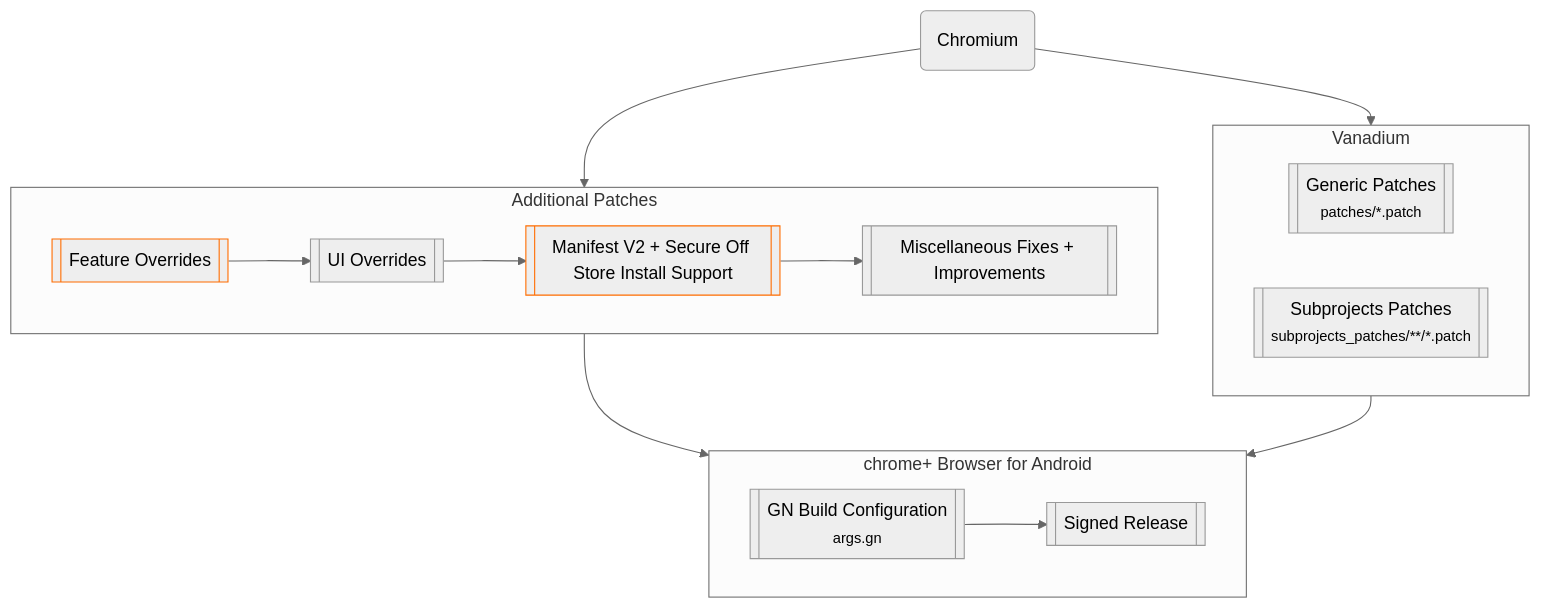
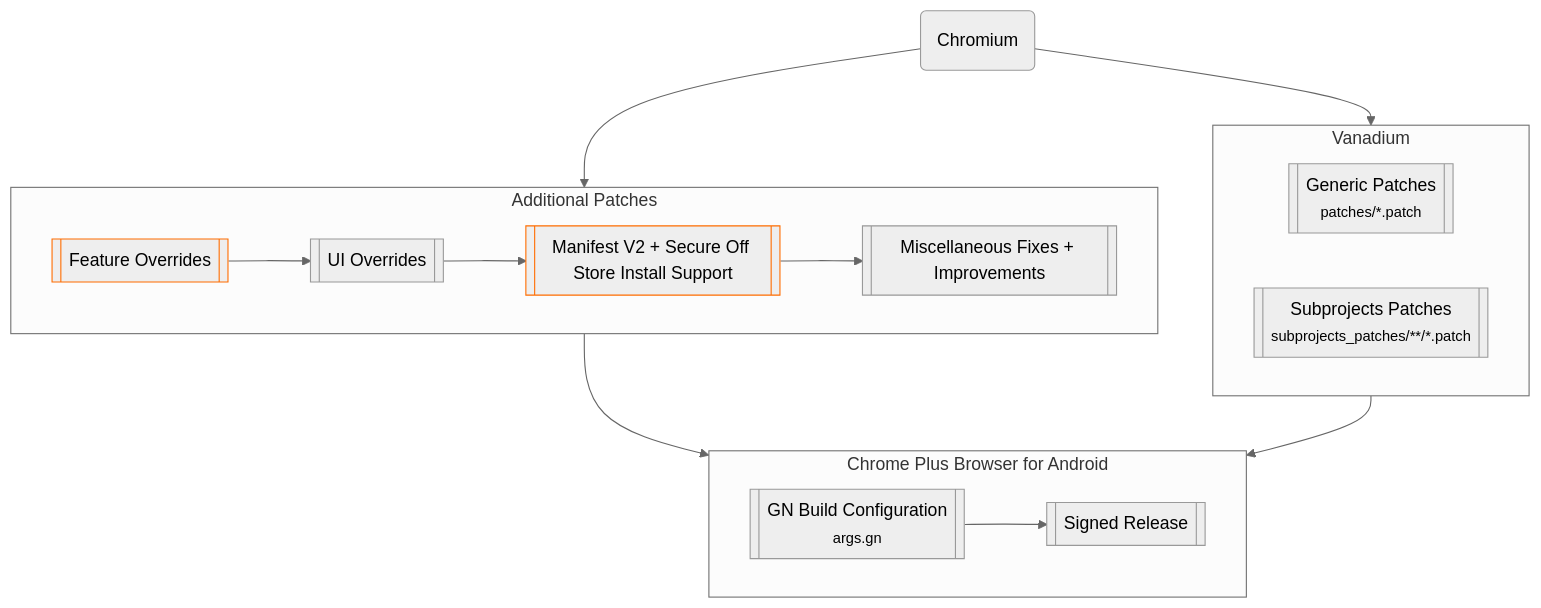
One commit to mininxd/android-titanium-browser changed the diagram in README.md. Above: the diagram before and after it, drawn with Mermaid (neutral theme). The commit also changed other lines of this file and 3 other files, not shown here.

Commit message:
Fix patch application conflict and rename app to Chrome Plus

````diff
--- a/README.md
+++ b/README.md
@@ -50,40 +50,40 @@
 ```mermaid
 ---
 config:
   layout: dagre
 ---
 flowchart TD
  subgraph s1["Additional Patches"]
         n5["Feature Overrides"]
         n6["UI Overrides"]
         n7["Manifest V2 + Secure Off Store Install Support"]
         n8["Miscellaneous Fixes + Improvements"]
   end
  subgraph s2["Vanadium"]
         n9["Generic Patches<small><br>patches/*.patch</small>"]
         n10["Subprojects Patches<small><br>subprojects_patches/**/*.patch</small>"]
   end
- subgraph s3["chrome+ Browser for Android"]
+ subgraph s3["Chrome Plus Browser for Android"]
         n11["GN Build Configuration<small><br>args.gn</small>"]
         n12["Signed Release"]
   end
     n1["Chromium"] --> s1 & s2
     n5 --> n6
     n6 --> n7
     n7 --> n8
     s1 --> s3
     s2 --> s3
     n11 --> n12
     n5@{ shape: subproc}
     n6@{ shape: subproc}
     n7@{ shape: subproc}
     n8@{ shape: subproc}
     n9@{ shape: subproc}
     n10@{ shape: subproc}
     n11@{ shape: subproc}
     n12@{ shape: subproc}
     n1@{ shape: rounded}
     classDef Aqua stroke-width:1px, stroke-dasharray:none, stroke:#46EDC8, fill:#DEFFF8, color:#378E7A
     style n5 stroke:#FF6D00
     style n7 stroke:#FF6D00
 ```
````
